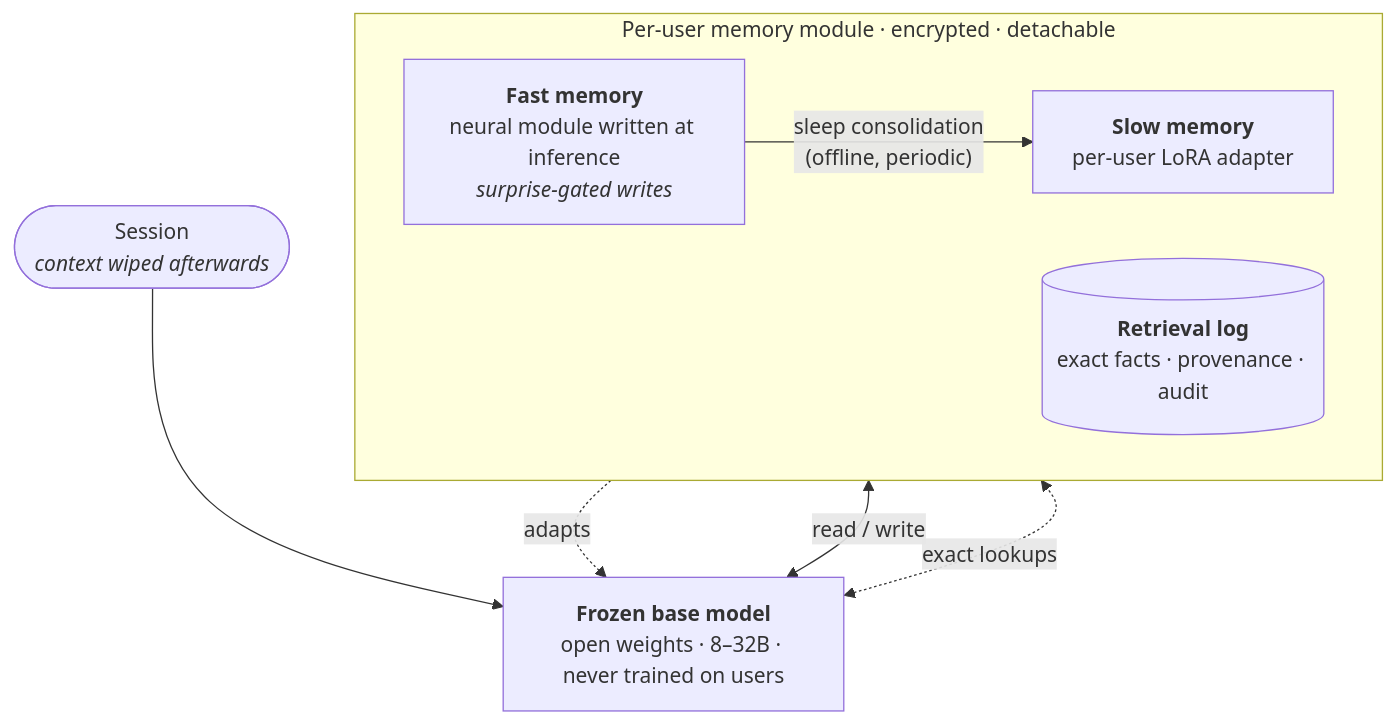
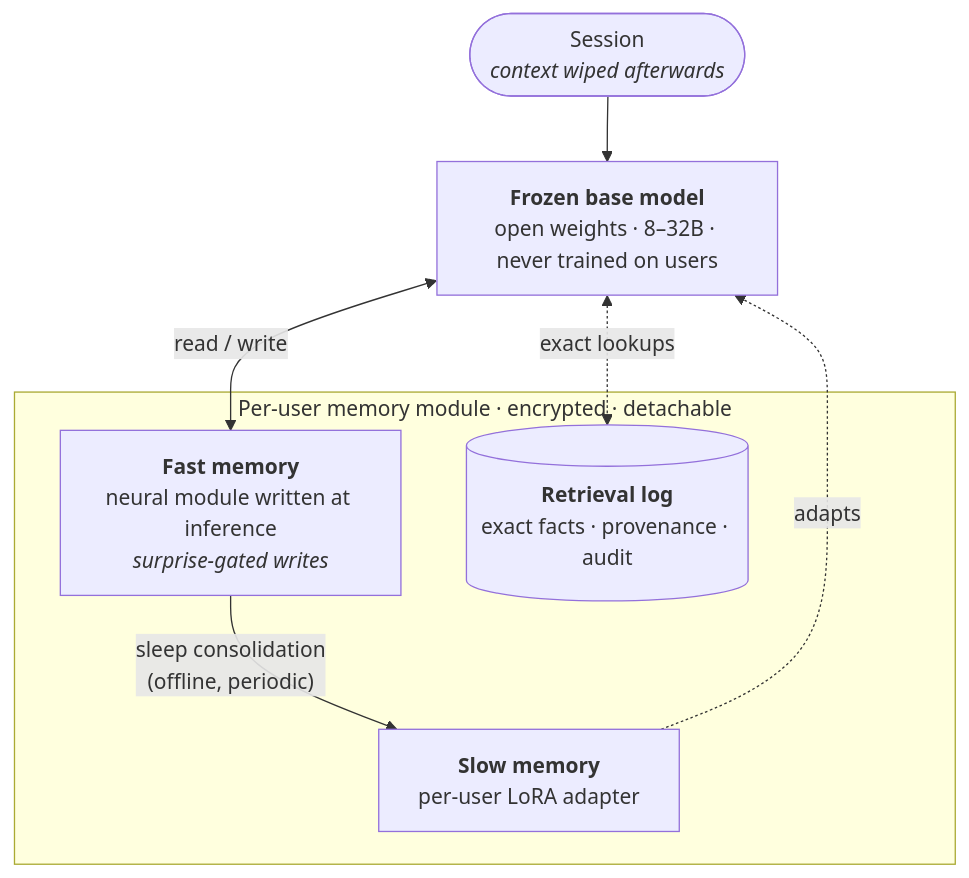
The diagram in README.md (alinaos-org/engram), drawn with Mermaid before and after one commit.

Commit message:
README: clearer architecture diagram layout

````diff
--- a/README.md
+++ b/README.md
@@ -33,17 +33,17 @@
 ```mermaid
 flowchart TB
-    S(["Session<br/><i>context wiped afterwards</i>"]) --> B
+    S(["Session<br/><i>context wiped afterwards</i>"])
     B["<b>Frozen base model</b><br/>open weights · 8–32B · never trained on users"]
+    S --> B
 
     subgraph M["Per-user memory module · encrypted · detachable"]
-        direction LR
         F["<b>Fast memory</b><br/>neural module written at inference<br/><i>surprise-gated writes</i>"]
         A["<b>Slow memory</b><br/>per-user LoRA adapter"]
         R[("<b>Retrieval log</b><br/>exact facts · provenance · audit")]
-        F -- "sleep consolidation<br/>(offline, periodic)" --> A
     end
 
     B <-- "read / write" --> F
+    F -- "sleep consolidation<br/>(offline, periodic)" --> A
     A -. "adapts" .-> B
     B <-. "exact lookups" .-> R
 ```
````
